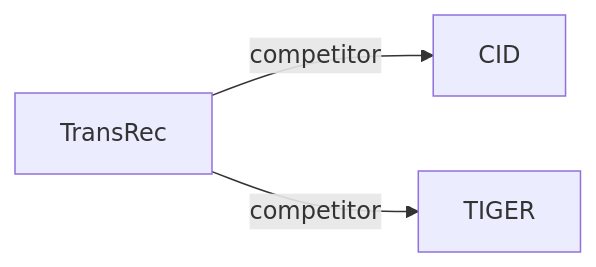
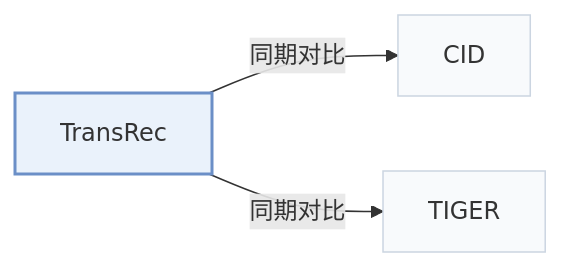
Before and after one commit to Galaxy-ghost/Awesome-SID-Generative-Rec: the second of 2 diagrams in pages/zh/papers/transrec.md, drawn with Mermaid. The commit also changed other lines of this file and 649 other files, not shown here.

Commit message:
writer-05: also tags and modality index (schema, check, build, visuals); summary field removed; calibration data for 12 papers

````diff
--- a/pages/zh/papers/transrec.md
+++ b/pages/zh/papers/transrec.md
@@ -69,6 +74,10 @@
 ```mermaid
 flowchart LR
     P["TransRec"]
-    P -->|competitor| A["CID"]
-    P -->|competitor| B["TIGER"]
+    P -->|"同期对比"| A["CID"]
+    P -->|"同期对比"| B["TIGER"]
+    classDef main fill:#eaf2fb,stroke:#6b8fc7,stroke-width:2px
+    classDef peer fill:#f8fafc,stroke:#cbd5e1
+    class P main
+    class A,B peer
 ```
````
